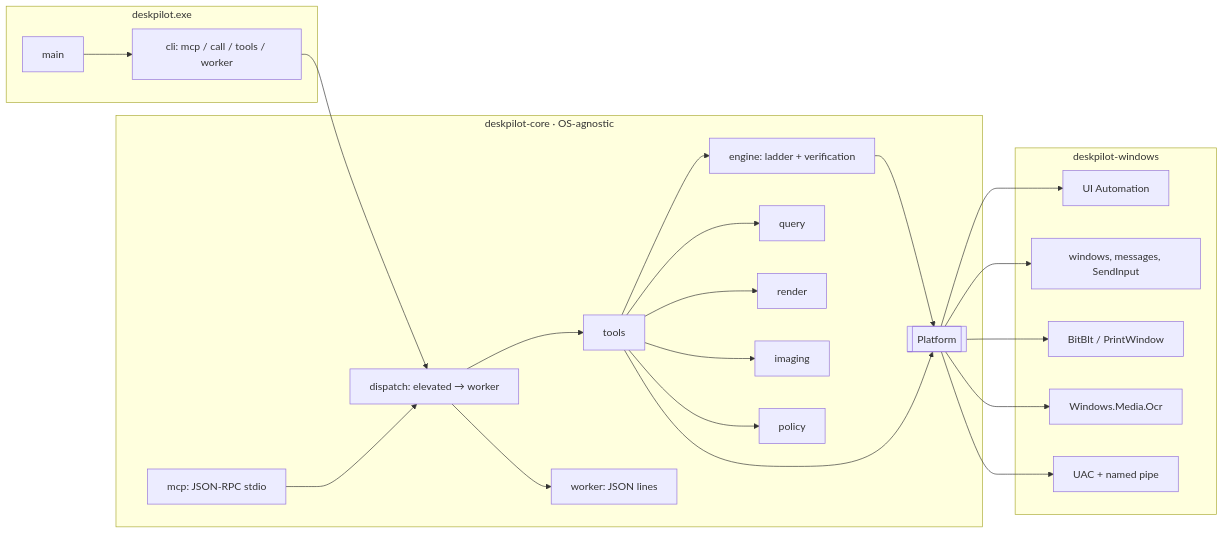
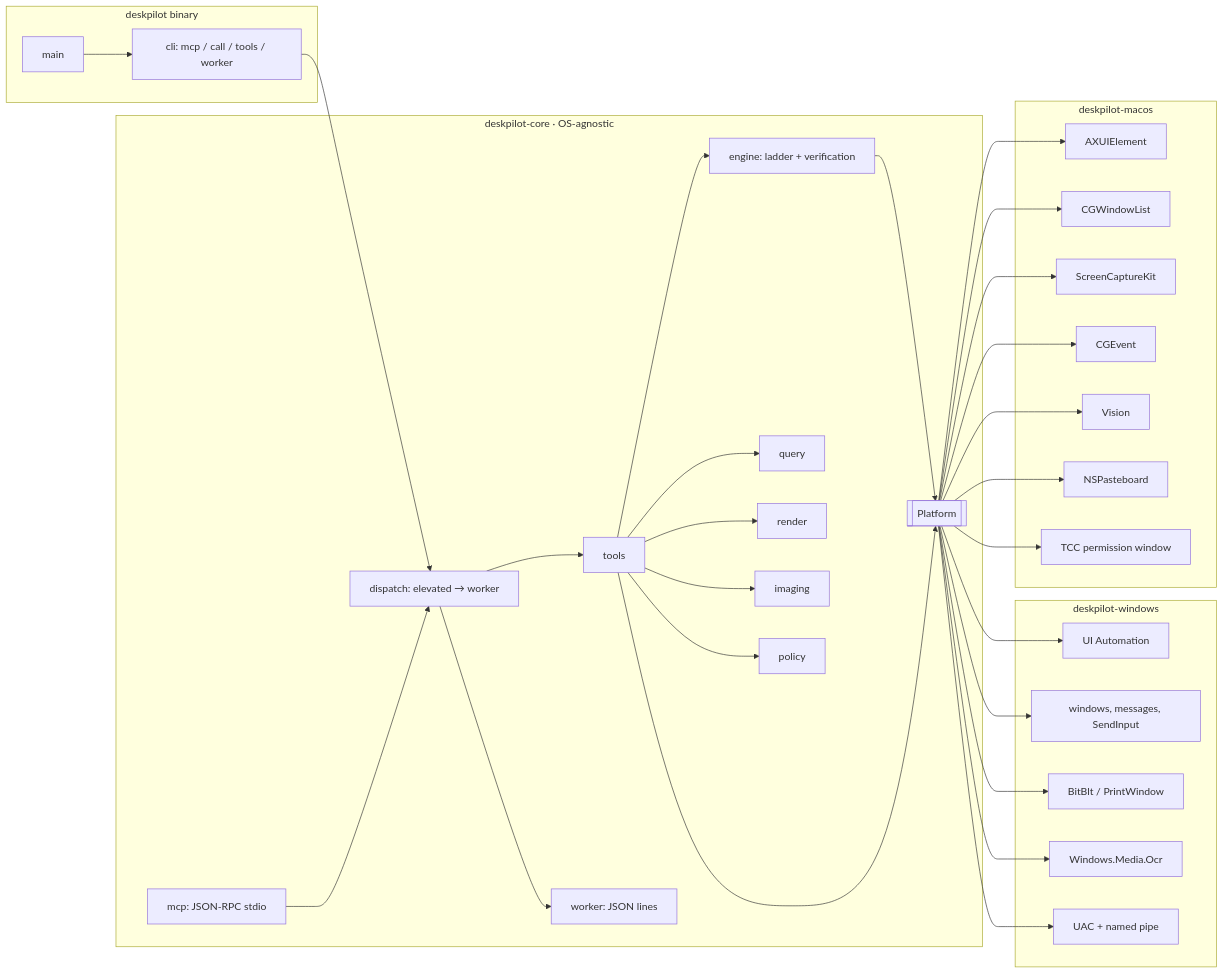
One commit to victor141516/deskpilot changed the first of 3 diagrams in docs/architecture.md. Above: the diagram before and after it, drawn with Mermaid. The commit also changed other lines of this file and 1 other file, not shown here.

First line of the commit message:
docs: document macOS support, TCC permissions and architecture

````diff
--- a/docs/architecture.md
+++ b/docs/architecture.md
@@ -3,19 +3,22 @@
 ```mermaid
 flowchart LR
-  subgraph bin[deskpilot.exe]
+  subgraph bin[deskpilot binary]
     main --> cli
   end
   subgraph core[deskpilot-core · OS-agnostic]
     cli[cli: mcp / call / tools / worker] --> dispatch
     mcp[mcp: JSON-RPC stdio] --> dispatch
     dispatch[dispatch: elevated → worker] --> tools
     dispatch --> worker[worker: JSON lines]
     tools --> engine[engine: ladder + verification]
     tools --> query & render & imaging & policy
     engine --> trait[[Platform]]
     tools --> trait
   end
   subgraph win[deskpilot-windows]
     trait --> uia[UI Automation] & win32[windows, messages, SendInput] & gdi[BitBlt / PrintWindow] & ocr[Windows.Media.Ocr] & pipe[UAC + named pipe]
   end
+  subgraph mac[deskpilot-macos]
+    trait --> ax[AXUIElement] & cgw[CGWindowList] & sck[ScreenCaptureKit] & cge[CGEvent] & vision[Vision] & pb[NSPasteboard] & tcc[TCC permission window]
+  end
 ```
````
